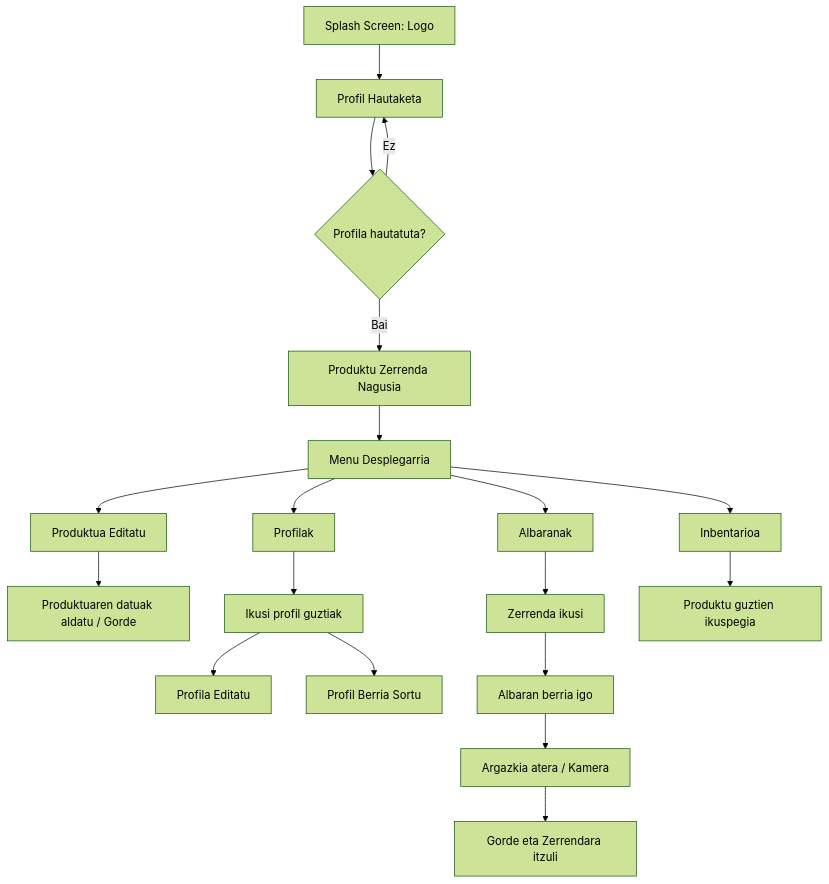
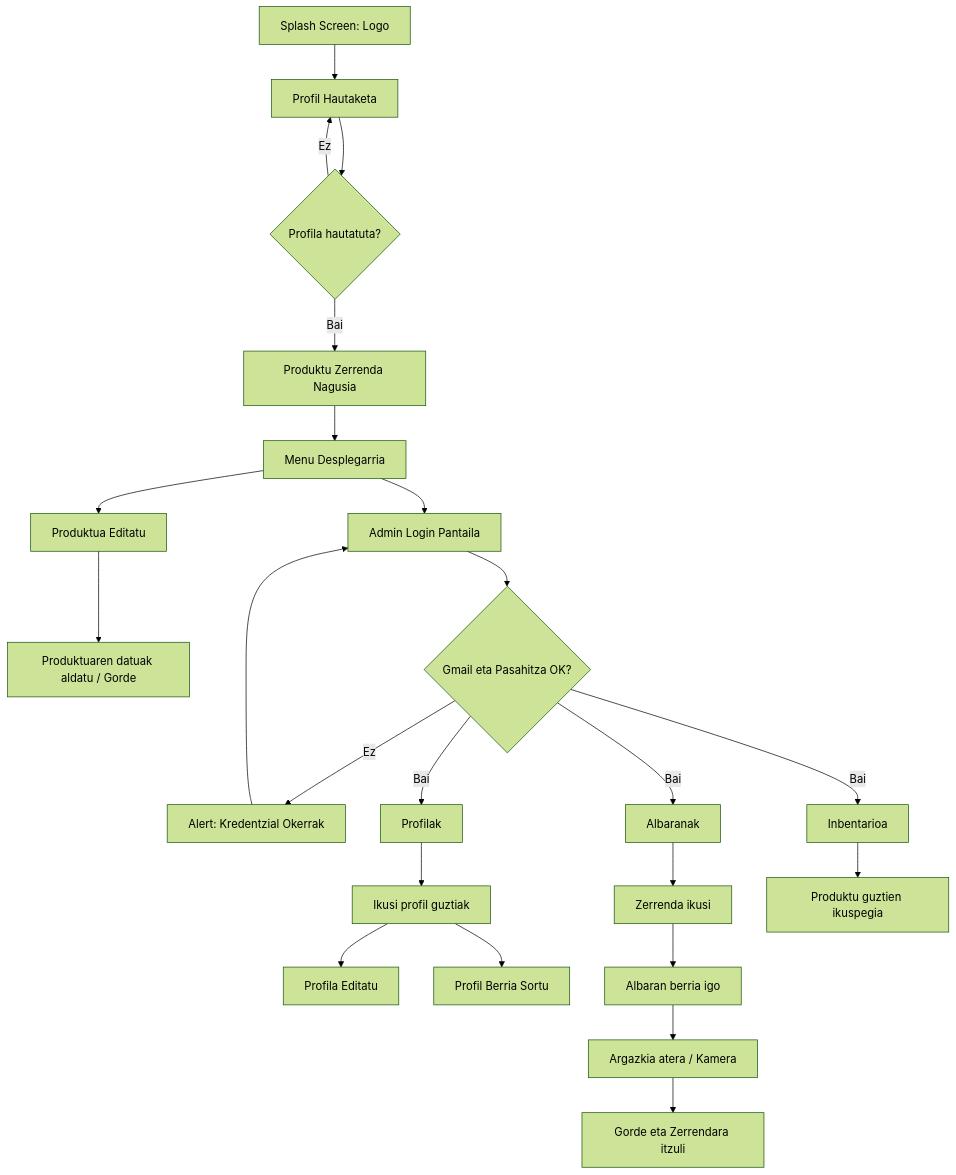
The diagram in README.md (24Asier/InbentarioAplikazioa), drawn with Mermaid (forest theme) before and after one commit.

Commit message:
GidaliburuaUpdate4

````diff
--- a/README.md
+++ b/README.md
@@ -13,26 +13,33 @@
 ```mermaid
 graph TD
     A[Splash Screen: Logo] --> B[Profil Hautaketa]
     B --> C{Profila hautatuta?}
     C -- Bai --> D[Produktu Zerrenda Nagusia]
     C -- Ez --> B
 
     D --> E[Menu Desplegarria]
-
+    
     E --> F[Produktua Editatu]
     F --> F1[Produktuaren datuak aldatu / Gorde]
 
-    E --> G[Profilak]
+    E --> J[Admin Login Pantaila]
+    J --> K{Gmail eta Pasahitza OK?}
+    
+    K -- Ez --> L[Alert: Kredentzial Okerrak]
+    L --> J
+    
+    K -- Bai --> G[Profilak]
+    K -- Bai --> H[Albaranak]
+    K -- Bai --> I[Inbentarioa]
+
     G --> G1[Ikusi profil guztiak]
     G1 --> G2[Profila Editatu]
     G1 --> G3[Profil Berria Sortu]
 
-    E --> H[Albaranak]
     H --> H1[Zerrenda ikusi]
     H1 --> H2[Albaran berria igo]
     H2 --> H3[Argazkia atera / Kamera]
     H3 --> H4[Gorde eta Zerrendara itzuli]
 
-    E --> I[Inbentarioa]
     I --> I1[Produktu guztien ikuspegia]
 ```
````
